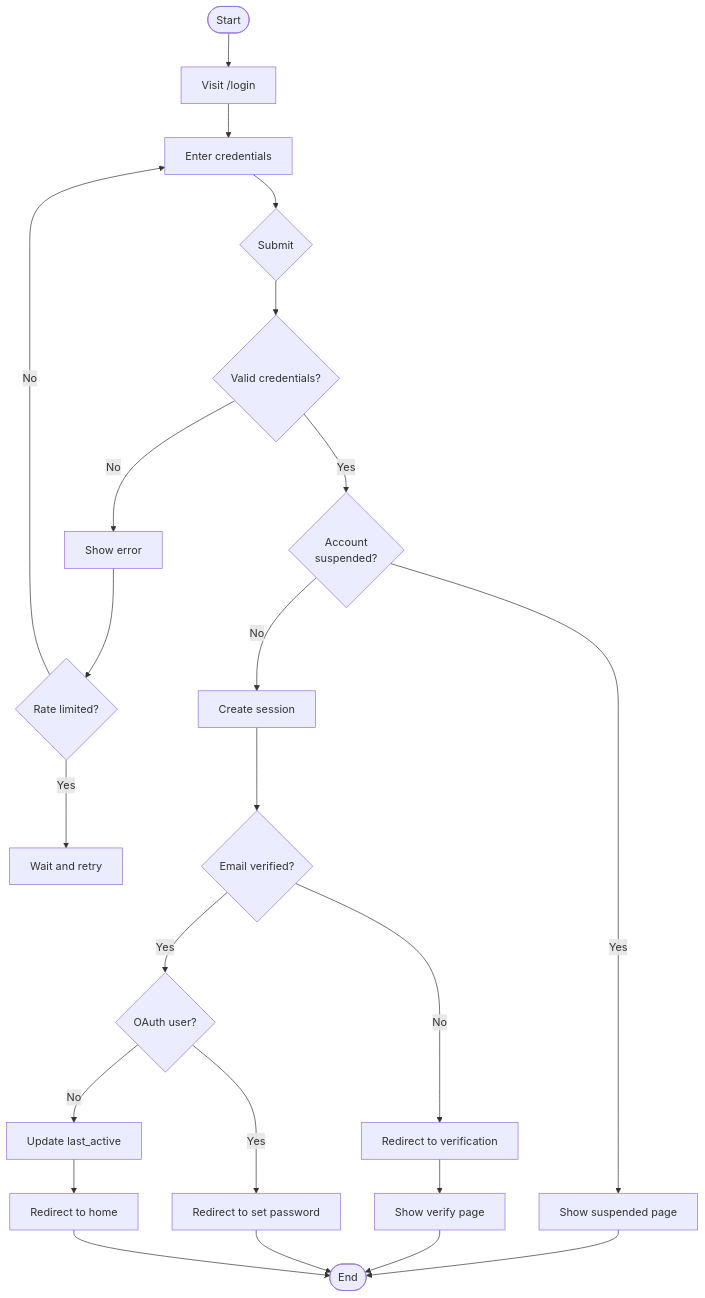
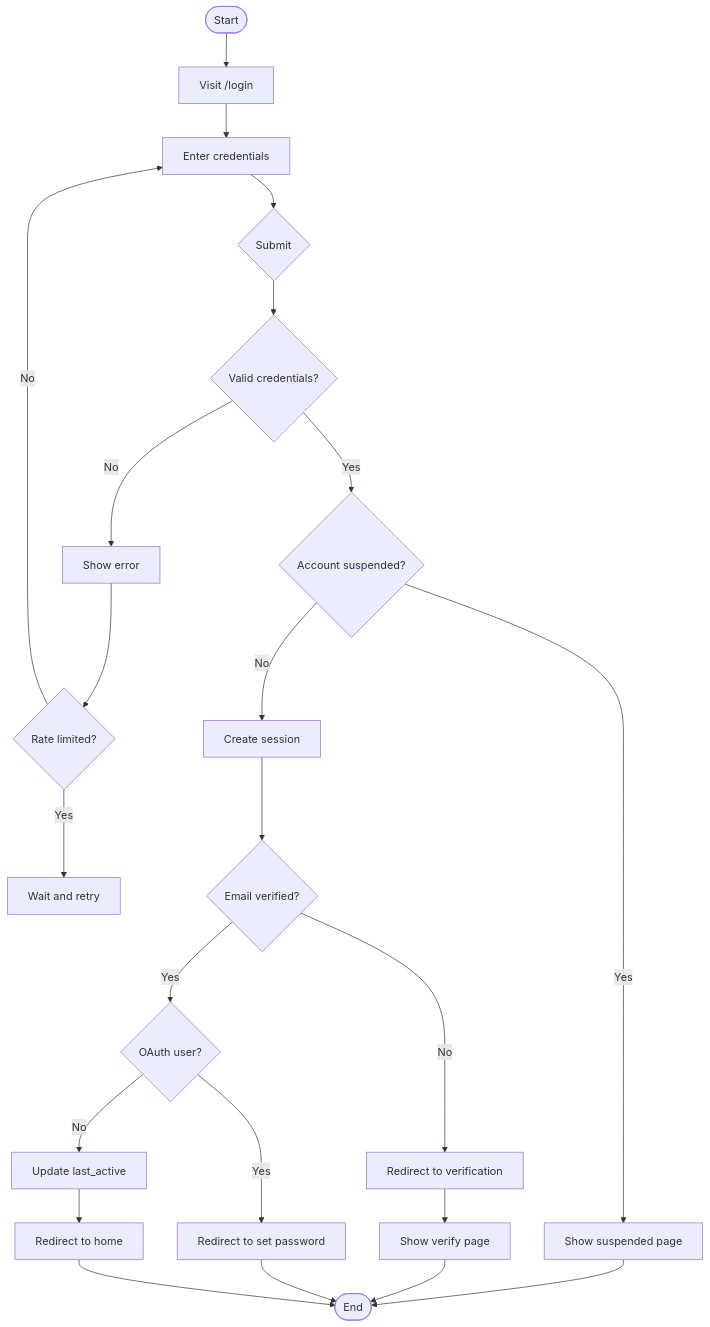
One commit to vd120/laravel_project changed diagram 13 of 29 in UML.md. Above: the diagram before and after it, drawn with Mermaid. The commit also changed other lines of this file, not shown here.

````diff
--- a/UML.md
+++ b/UML.md
@@ -905,31 +905,31 @@
 ```mermaid
 flowchart TD
     Start([Start]) --> VisitLogin[Visit /login]
     VisitLogin --> EnterCreds[Enter credentials]
     EnterCreds --> Submit{Submit}
-    
+
     Submit --> Validate{Valid credentials?}
     Validate -->|No| ShowError[Show error]
     ShowError --> RateLimit{Rate limited?}
     RateLimit -->|Yes| Wait[Wait and retry]
     RateLimit -->|No| EnterCreds
-    
-    Validate -->|Yes| CheckSuspended{Account<br/>suspended?}
+
+    Validate -->|Yes| CheckSuspended{Account suspended?}
     CheckSuspended -->|Yes| ShowSuspended[Show suspended page]
     ShowSuspended --> End([End])
-    
+
     CheckSuspended -->|No| CreateSession[Create session]
     CreateSession --> CheckVerified{Email verified?}
-    
+
     CheckVerified -->|No| RedirectVerify[Redirect to verification]
     RedirectVerify --> ShowVerify[Show verify page]
     ShowVerify --> End
-    
+
     CheckVerified -->|Yes| CheckOAuth{OAuth user?}
     CheckOAuth -->|Yes| RedirectSetPwd[Redirect to set password]
     RedirectSetPwd --> End
-    
+
     CheckOAuth -->|No| UpdateActive[Update last_active]
     UpdateActive --> RedirectHome[Redirect to home]
     RedirectHome --> End
 ```
````
